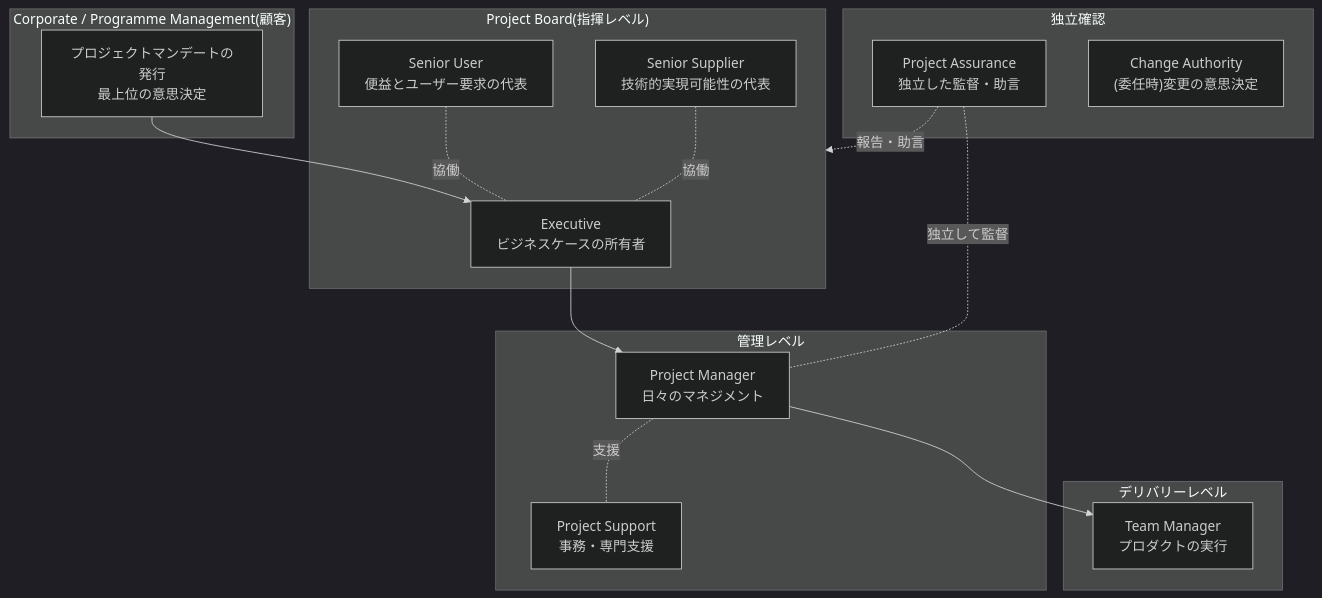
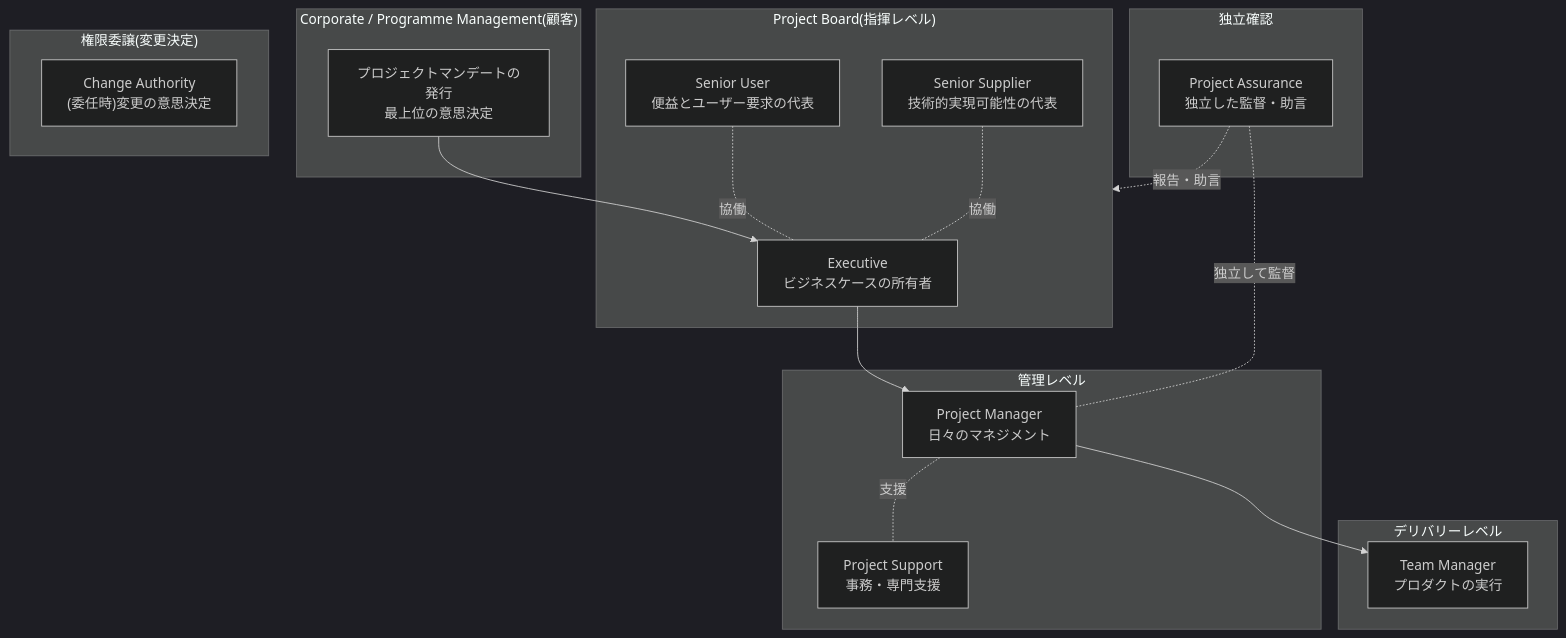
Before and after one commit to myoshi2891/Management-Team-Building-Studies: diagram 12 of 13 in Prince2-7-practitioner-guide.md, drawn with Mermaid (dark theme). The commit also changed other lines of this file, not shown here.

````diff
--- a/Prince2-7-practitioner-guide.md
+++ b/Prince2-7-practitioner-guide.md
@@ -841,31 +841,33 @@
 ```mermaid
 flowchart TB
     subgraph Corporate["Corporate / Programme Management(顧客)"]
         COR["プロジェクトマンデートの発行\n最上位の意思決定"]
     end
     subgraph Board["Project Board(指揮レベル)"]
         EX["Executive\nビジネスケースの所有者"]
         SU_["Senior User\n便益とユーザー要求の代表"]
         SS["Senior Supplier\n技術的実現可能性の代表"]
     end
     subgraph Assurance["独立確認"]
         PA["Project Assurance\n独立した監督・助言"]
+    end
+    subgraph Delegated["権限委譲(変更決定)"]
         CA["Change Authority\n(委任時)変更の意思決定"]
     end
     subgraph Management["管理レベル"]
         PM["Project Manager\n日々のマネジメント"]
         PS["Project Support\n事務・専門支援"]
     end
     subgraph Delivery["デリバリーレベル"]
         TM["Team Manager\nプロダクトの実行"]
     end
 
     COR --> EX
     EX --> PM
     SU_ -.協働.- EX
     SS -.協働.- EX
     PA -.報告・助言.-> Board
     PA -.独立して監督.- PM
     PM --> TM
     PM -.支援.- PS
 ```
````
